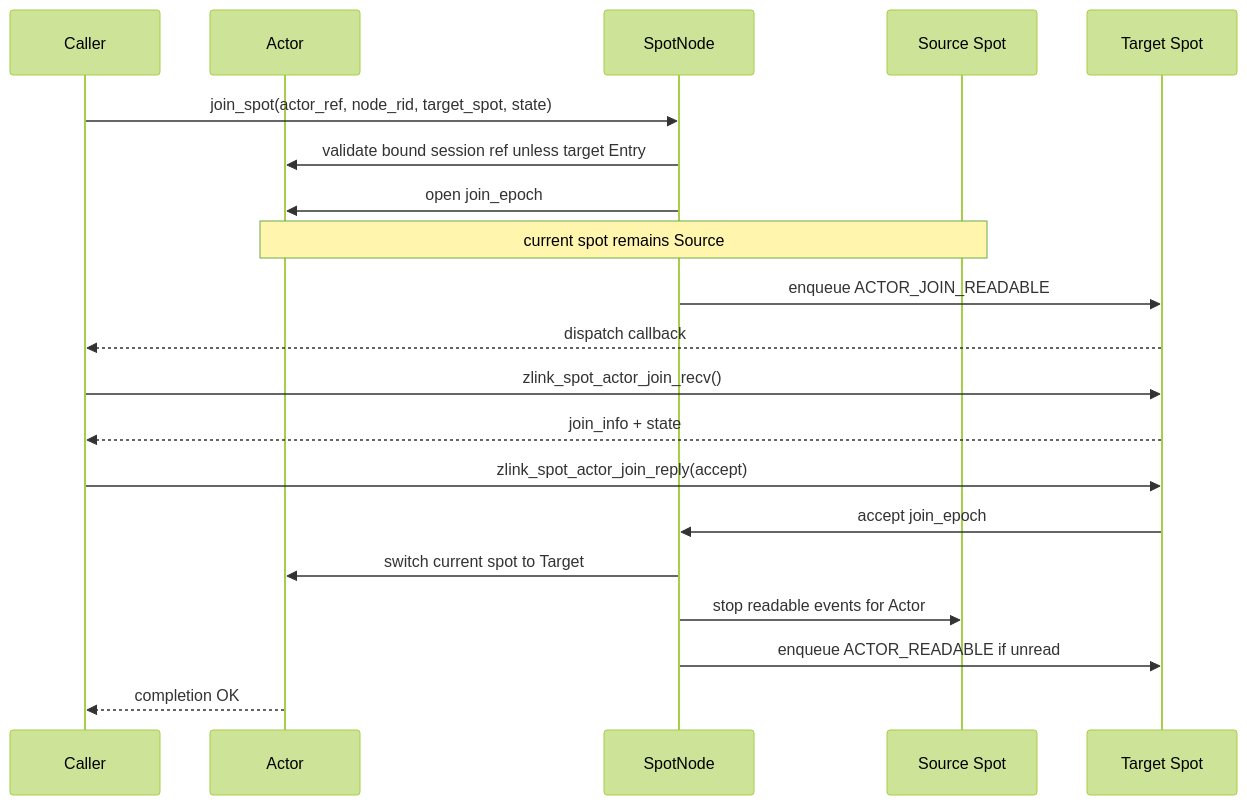
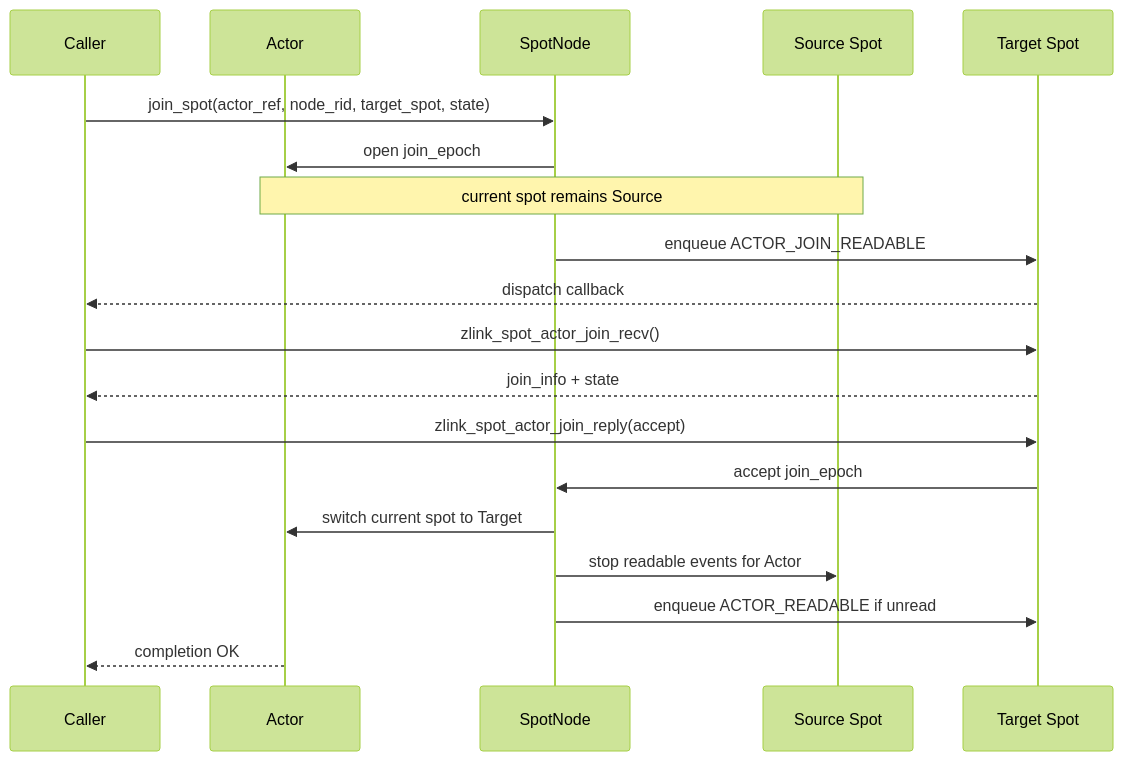
Before and after one commit to kairos-code-dev/zlink: diagram 11 of 12 in doc/site/docs/internals/spot-internals.ko.md, drawn with Mermaid (forest theme). The commit also changed other lines of this file and 393 other files, not shown here.

````diff
--- a/doc/site/docs/internals/spot-internals.ko.md
+++ b/doc/site/docs/internals/spot-internals.ko.md
@@ -861,23 +1010,22 @@
 ```mermaid
 sequenceDiagram
   participant Caller
   participant ActorObj as Actor
   participant Node as SpotNode
   participant Source as Source Spot
   participant Target as Target Spot
 
   Caller->>Node: join_spot(actor_ref, node_rid, target_spot, state)
-  Node->>ActorObj: validate bound session ref unless target Entry
   Node->>ActorObj: open join_epoch
   Note over ActorObj,Source: current spot remains Source
   Node->>Target: enqueue ACTOR_JOIN_READABLE
   Target-->>Caller: dispatch callback
   Caller->>Target: zlink_spot_actor_join_recv()
   Target-->>Caller: join_info + state
   Caller->>Target: zlink_spot_actor_join_reply(accept)
   Target->>Node: accept join_epoch
   Node->>ActorObj: switch current spot to Target
   Node->>Source: stop readable events for Actor
   Node->>Target: enqueue ACTOR_READABLE if unread
   ActorObj-->>Caller: completion OK
 ```
````
